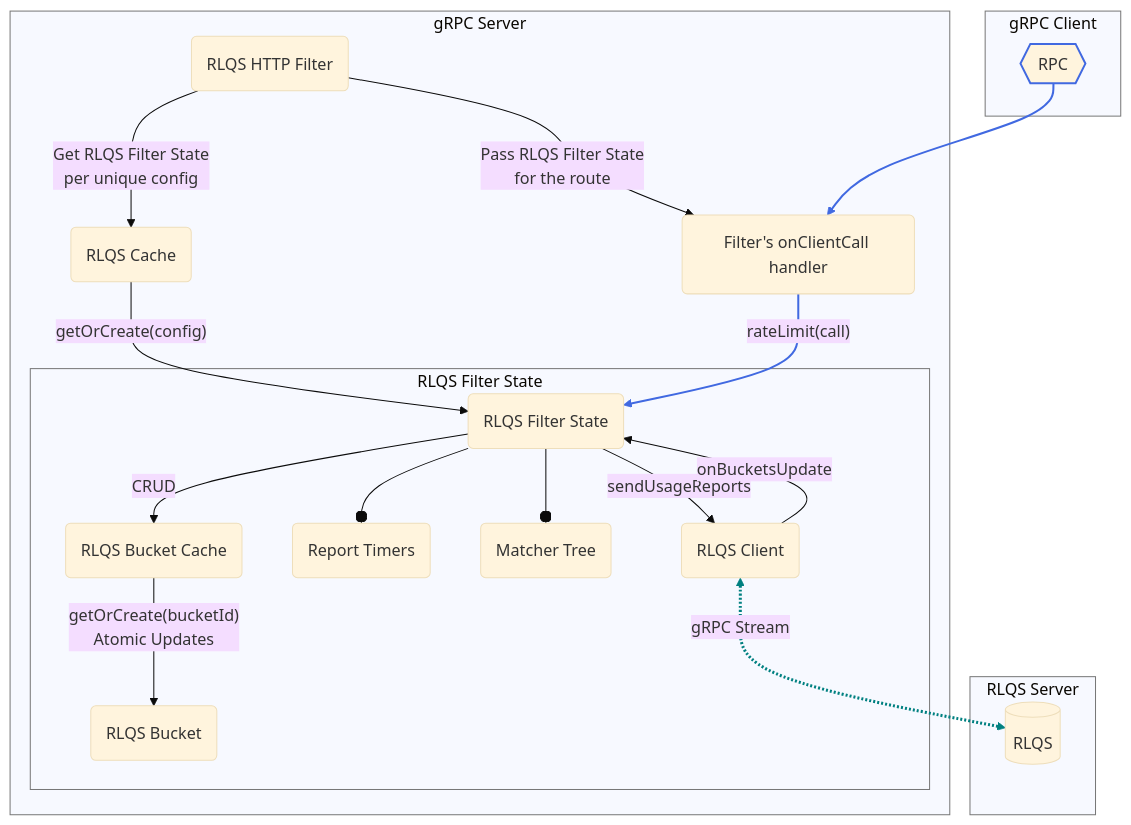
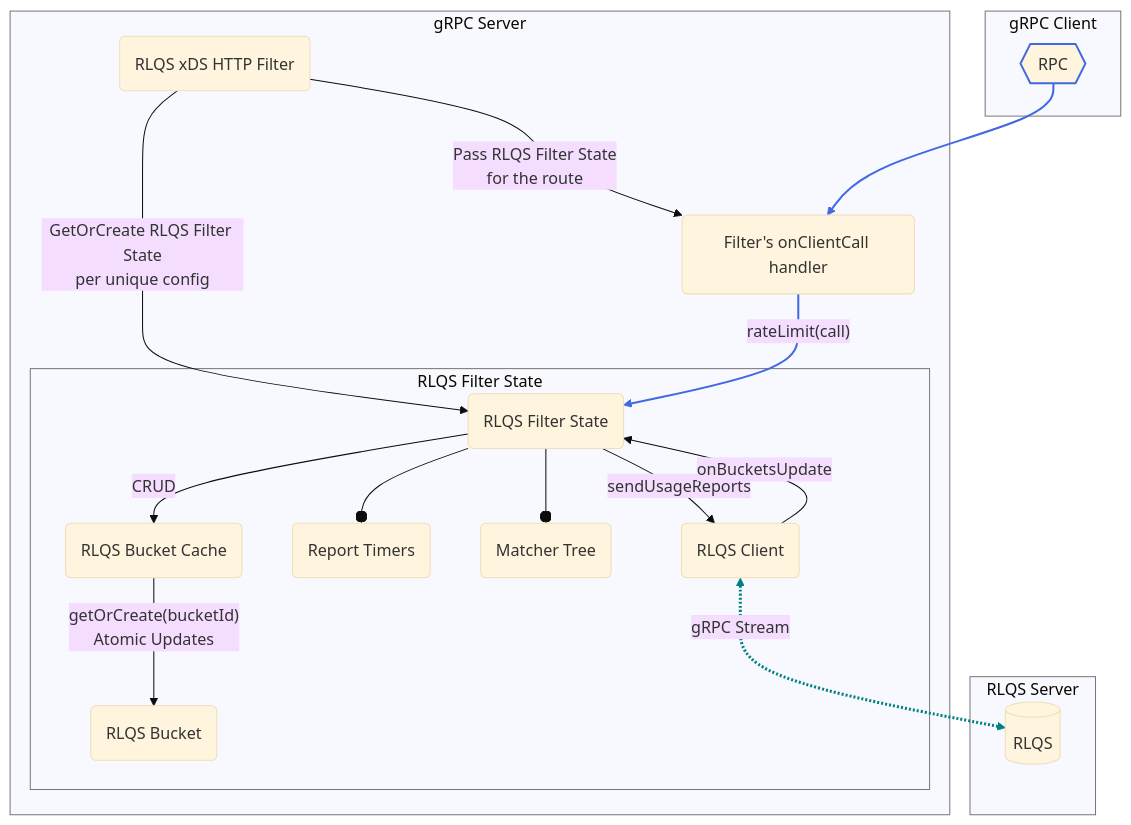
Before and after one commit to sergiitk/grfc-proposal: the first of 2 diagrams in A77-xds-rate-limiting-rlqs.md, drawn with Mermaid.

Commit message:
RLQS Components Flowchart v9: remove separate "RLQS Cache"

````diff
--- a/A77-xds-rate-limiting-rlqs.md
+++ b/A77-xds-rate-limiting-rlqs.md
@@ -76,44 +76,43 @@
 ```mermaid
 ---
 config:
   theme: base
   themeVariables:
     clusterBorder: "#777"
 ---
 graph TD
-%% RLQS Components Flowchart v8
+%% RLQS Components Flowchart v9
 
 %% == nodes ==
     subgraph grpc_client_box [gRPC Client]
         request{{RPC}}
     end
     subgraph rlqs_server_box [RLQS Server]
         rlqs[(RLQS)]
     end
     subgraph grpc_server_box [gRPC Server]
-        rlqs_filter(RLQS HTTP Filter)
-        rlqs_cache(RLQS Cache)
+        rlqs_filter(RLQS xDS HTTP Filter)
         subgraph rlqs_filter_state_box [RLQS Filter State]
             rlqs_client(RLQS Client)
             rlqs_filter_state(RLQS Filter State)
             report_timers(Report Timers)
             matcher_tree(Matcher Tree)
             rlqs_bucket_cache(RLQS Bucket Cache)
             rlqs_bucket(RLQS Bucket)
         end
         rpc_handler("Filter's onClientCall handler")
     end
 %% == edges ==
-    rlqs_filter -- " Get RLQS Filter State<br />per unique config " --> rlqs_cache -- " getOrCreate(config) " --> rlqs_filter_state
+    rlqs_filter -- " GetOrCreate RLQS Filter State<br />per unique config " --> rlqs_filter_state
     rlqs_filter -- " Pass RLQS Filter State<br />for the route " --> rpc_handler -- " rateLimit(call) " --> rlqs_filter_state
     request --> rpc_handler
     rlqs_filter_state --o matcher_tree & report_timers
     rlqs_filter_state -- sendUsageReports --> rlqs_client
     rlqs_filter_state -- CRUD --> rlqs_bucket_cache
     rlqs_client -- onBucketsUpdate --> rlqs_filter_state
     rlqs_bucket_cache -- " getOrCreate(bucketId)<br />Atomic Updates " --> rlqs_bucket
     rlqs_client <-. gRPC Stream .-> rlqs
     style request stroke: RoyalBlue, stroke-width: 2px;
-    linkStyle 3,4 stroke: RoyalBlue, stroke-width: 2px;
-    linkStyle 11 stroke: Teal, stroke-width: 3px;
+    linkStyle 2,3 stroke: RoyalBlue, stroke-width: 2px;
+    linkStyle 10 stroke: Teal, stroke-width: 3px;
 ```
````
